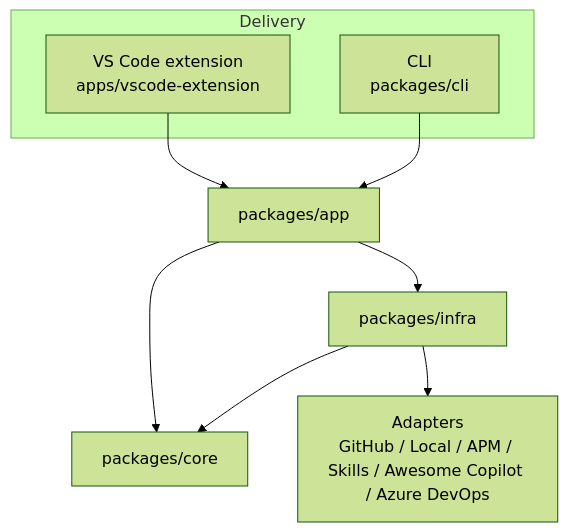
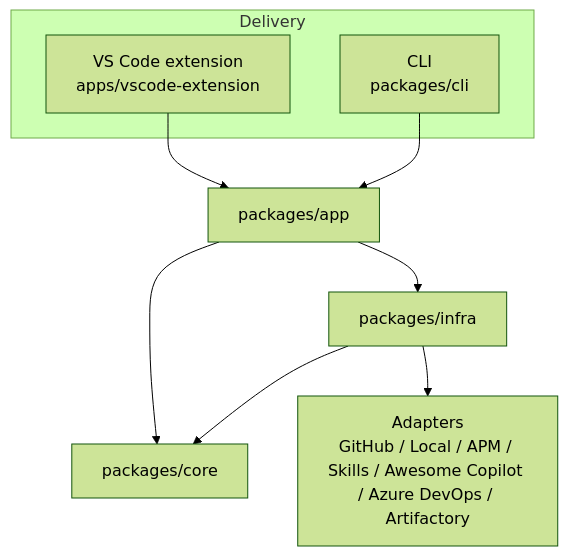
Before and after one commit to AmadeusITGroup/ai-primitives-hub: the diagram in README.md, drawn with Mermaid (forest theme). The commit also changed other lines of this file and 2 other files, not shown here.

````diff
--- a/README.md
+++ b/README.md
@@ -64,13 +215,13 @@
 ```mermaid
 flowchart TD
     subgraph "Delivery"
         VSC[VS Code extension<br/>apps/vscode-extension]
         CLI[CLI<br/>packages/cli]
     end
     VSC --> APP[packages/app]
     CLI --> APP
     APP --> CORE[packages/core]
     APP --> INF[packages/infra]
     INF --> CORE
-    INF --> AD[Adapters<br/>GitHub / Local / APM / Skills / Awesome Copilot / Azure DevOps]
+    INF --> AD[Adapters<br/>GitHub / Local / APM / Skills / Awesome Copilot / Azure DevOps / Artifactory]
 ```
````
